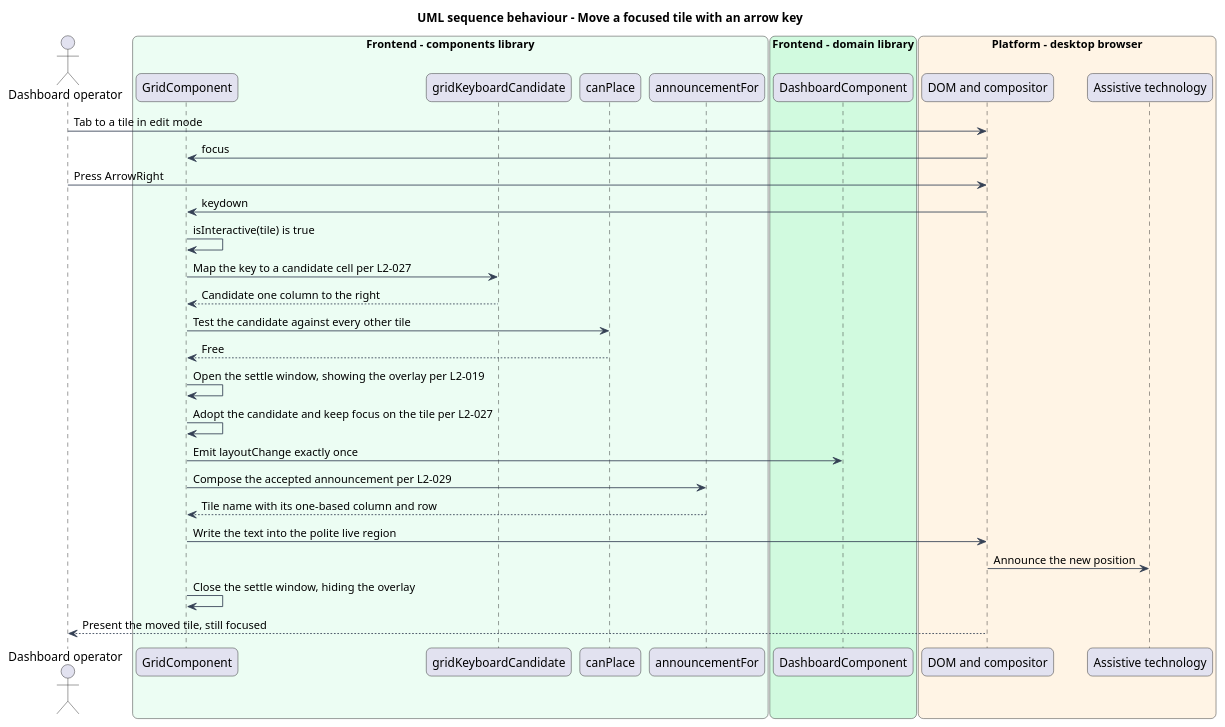
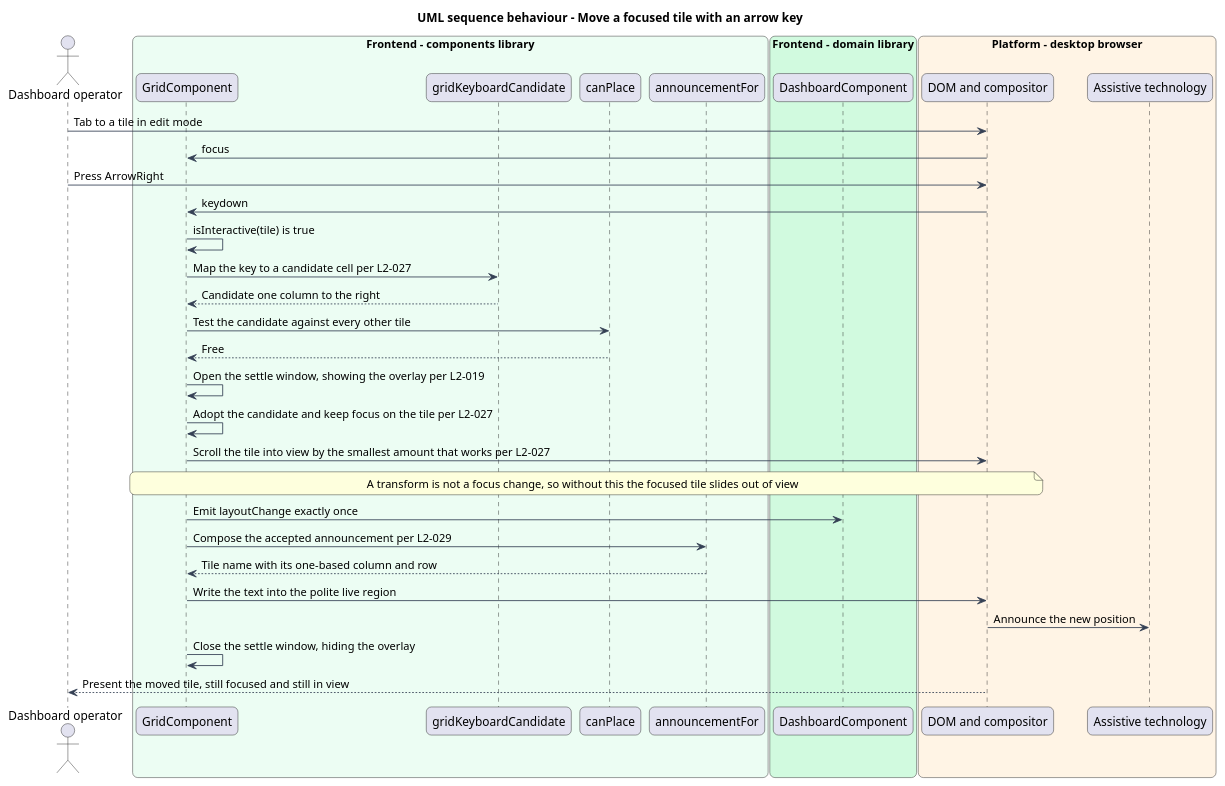
Before and after one commit to QuinntyneBrown/qbc-grid: the diagram in docs/detailed-designs/tile-interaction/move-and-resize-by-keyboard/diagrams/sequence-keyboard-move.puml, drawn with PlantUML. The commit also changed 4 other files, not shown here.

First line of the commit message:
docs: bring the keyboard sequences up to date with L2-027

```diff
--- a/docs/detailed-designs/tile-interaction/move-and-resize-by-keyboard/diagrams/sequence-keyboard-move.puml
+++ b/docs/detailed-designs/tile-interaction/move-and-resize-by-keyboard/diagrams/sequence-keyboard-move.puml
@@ -1,50 +1,52 @@
 @startuml
 title UML sequence behaviour - Move a focused tile with an arrow key
 skinparam backgroundColor #FFFFFF
 skinparam shadowing false
 skinparam roundcorner 12
 skinparam defaultFontName Arial
 skinparam ArrowColor #344054
 skinparam rectangle {
   BorderColor #344054
   FontColor #101828
 }
 skinparam package {
   BorderColor #667085
   FontColor #101828
   BackgroundColor #F9FAFB
 }
 actor "Dashboard operator" as actor
 box "Frontend - components library" #ECFDF3
   participant "GridComponent" as grid
   participant "gridKeyboardCandidate" as keys
   participant "canPlace" as canplace
   participant "announcementFor" as announce
 end box
 box "Frontend - domain library" #D1FADF
   participant "DashboardComponent" as dashboard
 end box
 box "Platform - desktop browser" #FFF4E5
   participant "DOM and compositor" as dom
   participant "Assistive technology" as at
 end box
 
 actor -> dom : Tab to a tile in edit mode
 dom -> grid : focus
 actor -> dom : Press ArrowRight
 dom -> grid : keydown
 grid -> grid : isInteractive(tile) is true
 grid -> keys : Map the key to a candidate cell per L2-027
 keys --> grid : Candidate one column to the right
 grid -> canplace : Test the candidate against every other tile
 canplace --> grid : Free
 grid -> grid : Open the settle window, showing the overlay per L2-019
 grid -> grid : Adopt the candidate and keep focus on the tile per L2-027
+grid -> dom : Scroll the tile into view by the smallest amount that works per L2-027
+note over grid, dom : A transform is not a focus change, so without this the focused tile slides out of view
 grid -> dashboard : Emit layoutChange exactly once
 grid -> announce : Compose the accepted announcement per L2-029
 announce --> grid : Tile name with its one-based column and row
 grid -> dom : Write the text into the polite live region
 dom -> at : Announce the new position
 grid -> grid : Close the settle window, hiding the overlay
-dom --> actor : Present the moved tile, still focused
+dom --> actor : Present the moved tile, still focused and still in view
 @enduml
```
